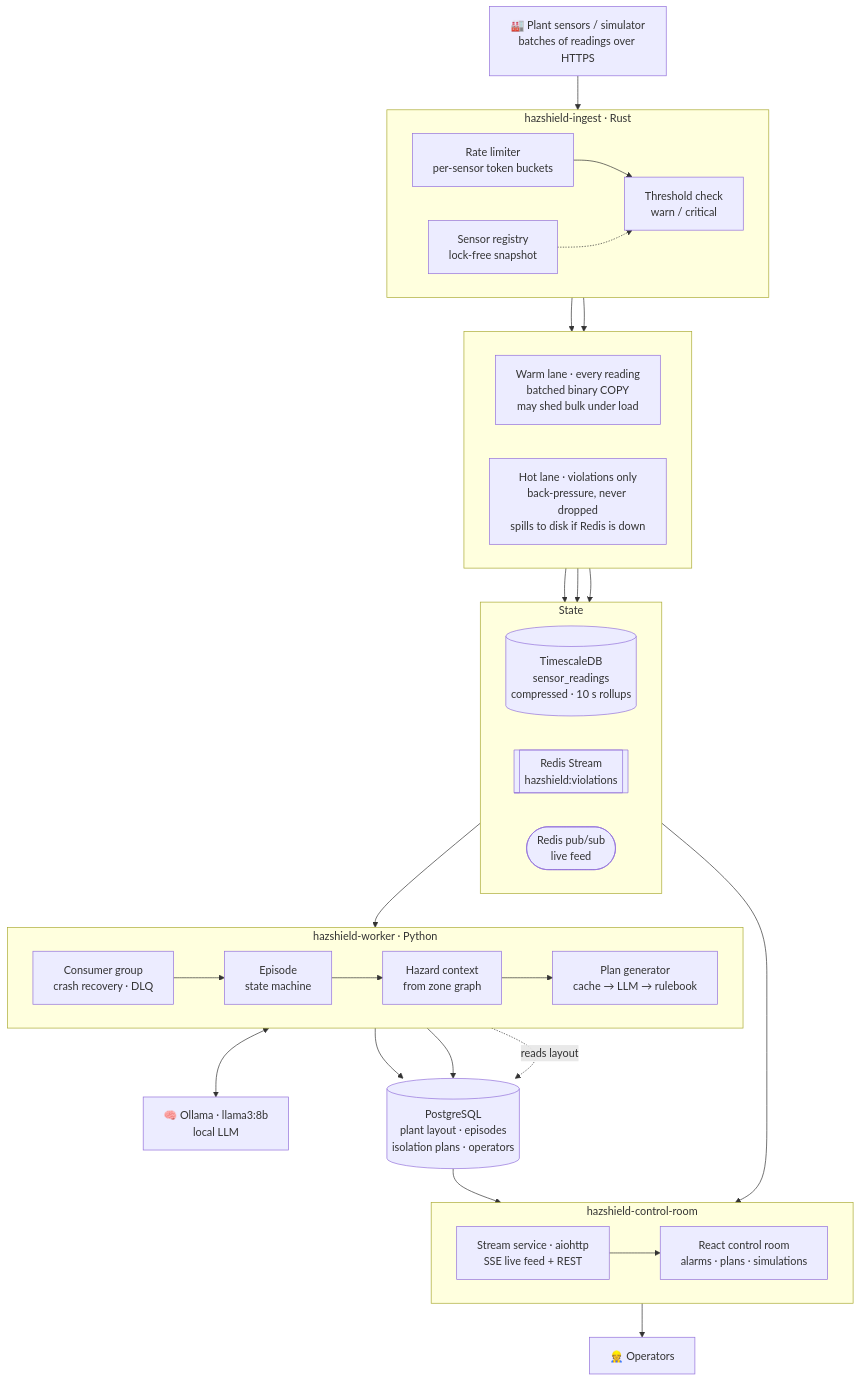
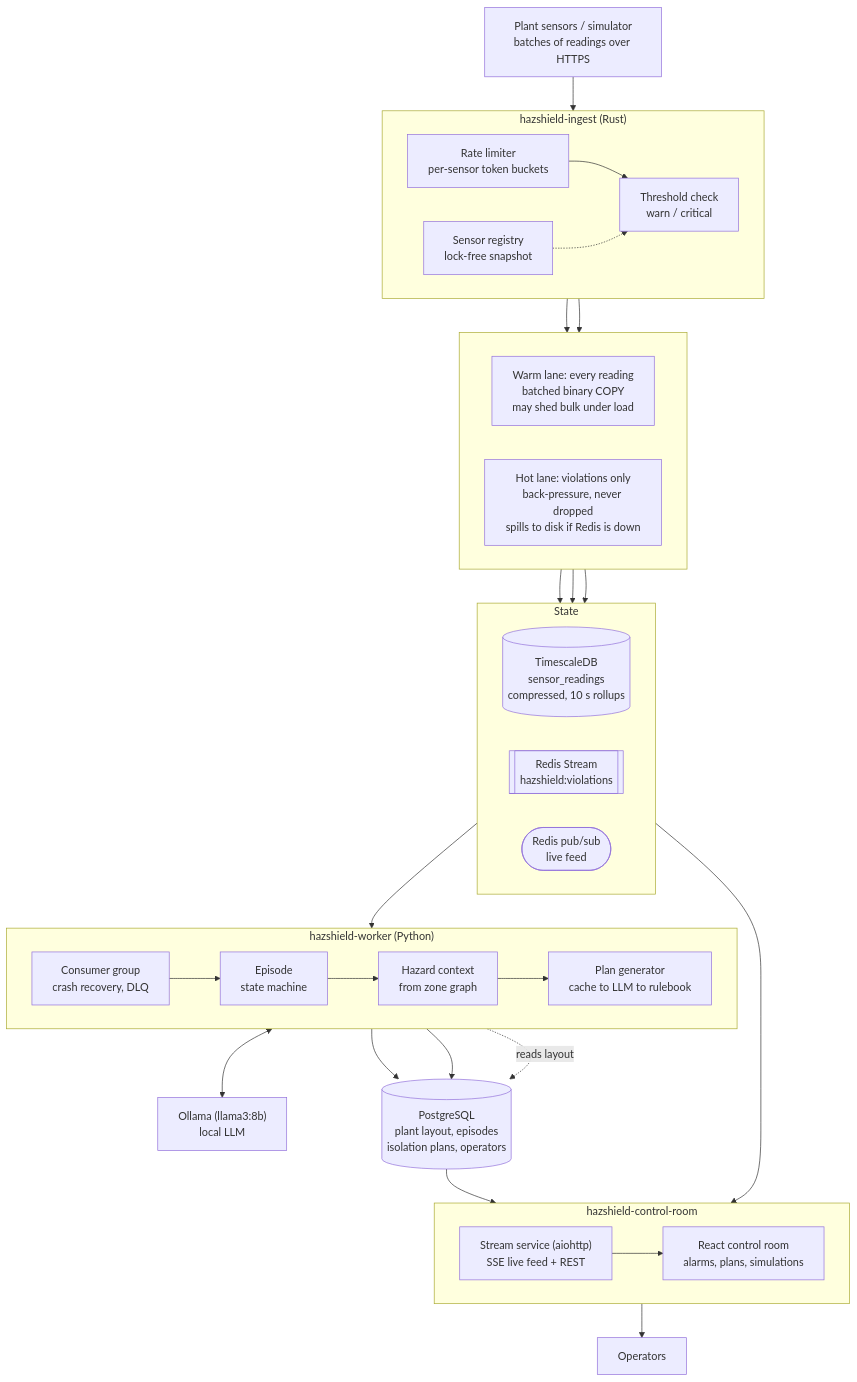
Before and after one commit to SumitGA/HazshieldAI: the first of 4 diagrams in README.md, drawn with Mermaid. The commit also changed other lines of this file, not shown here.

Commit message:
Rewrite overview in my own words and simplify the diagrams

````diff
--- a/README.md
+++ b/README.md
@@ -23,50 +22,50 @@
 ```mermaid
 flowchart TB
-    SENS["🏭 Plant sensors / simulator<br/>batches of readings over HTTPS"]
+    SENS["Plant sensors / simulator<br/>batches of readings over HTTPS"]
 
-    subgraph INGEST["hazshield-ingest · Rust"]
+    subgraph INGEST["hazshield-ingest (Rust)"]
         direction LR
         LIM["Rate limiter<br/>per-sensor token buckets"] --> THR["Threshold check<br/>warn / critical"]
         REG["Sensor registry<br/>lock-free snapshot"] -.-> THR
     end
 
     subgraph LANES[" "]
         direction LR
-        WARM["Warm lane · every reading<br/>batched binary COPY<br/>may shed bulk under load"]
-        HOT["Hot lane · violations only<br/>back-pressure, never dropped<br/>spills to disk if Redis is down"]
+        WARM["Warm lane: every reading<br/>batched binary COPY<br/>may shed bulk under load"]
+        HOT["Hot lane: violations only<br/>back-pressure, never dropped<br/>spills to disk if Redis is down"]
     end
 
     subgraph STORE["State"]
         direction LR
-        TS[("TimescaleDB<br/>sensor_readings<br/>compressed · 10 s rollups")]
+        TS[("TimescaleDB<br/>sensor_readings<br/>compressed, 10 s rollups")]
         XS[["Redis Stream<br/>hazshield:violations"]]
         LIVE(["Redis pub/sub<br/>live feed"])
     end
 
-    subgraph WORKER["hazshield-worker · Python"]
+    subgraph WORKER["hazshield-worker (Python)"]
         direction LR
-        CONS["Consumer group<br/>crash recovery · DLQ"] --> EPI["Episode<br/>state machine"] --> CTX["Hazard context<br/>from zone graph"] --> GEN["Plan generator<br/>cache → LLM → rulebook"]
+        CONS["Consumer group<br/>crash recovery, DLQ"] --> EPI["Episode<br/>state machine"] --> CTX["Hazard context<br/>from zone graph"] --> GEN["Plan generator<br/>cache to LLM to rulebook"]
     end
 
-    LLM["🧠 Ollama · llama3:8b<br/>local LLM"]
-    DB[("PostgreSQL<br/>plant layout · episodes<br/>isolation plans · operators")]
+    LLM["Ollama (llama3:8b)<br/>local LLM"]
+    DB[("PostgreSQL<br/>plant layout, episodes<br/>isolation plans, operators")]
 
     subgraph CR["hazshield-control-room"]
         direction LR
-        API["Stream service · aiohttp<br/>SSE live feed + REST"] --> UI["React control room<br/>alarms · plans · simulations"]
+        API["Stream service (aiohttp)<br/>SSE live feed + REST"] --> UI["React control room<br/>alarms, plans, simulations"]
     end
 
-    OPS["👷 Operators"]
+    OPS["Operators"]
 
     SENS --> LIM
     THR --> WARM & HOT
     WARM --> TS
     HOT --> XS & LIVE
     XS --> CONS
     GEN <--> LLM
     EPI & GEN --> DB
     CTX -. reads layout .-> DB
     LIVE --> API
     DB --> API
     UI --> OPS
 ```
````
